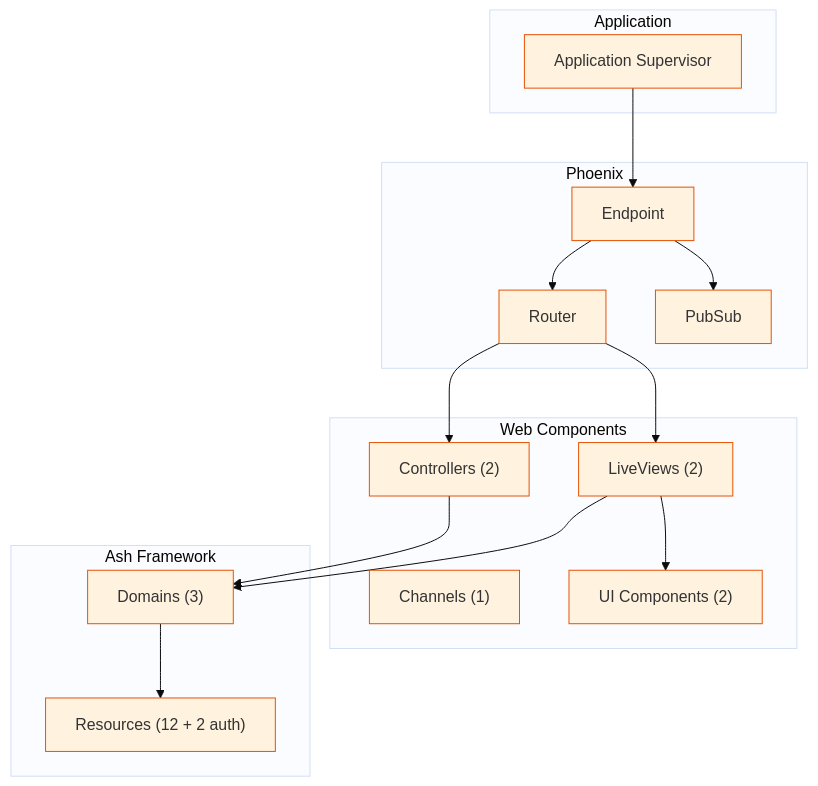
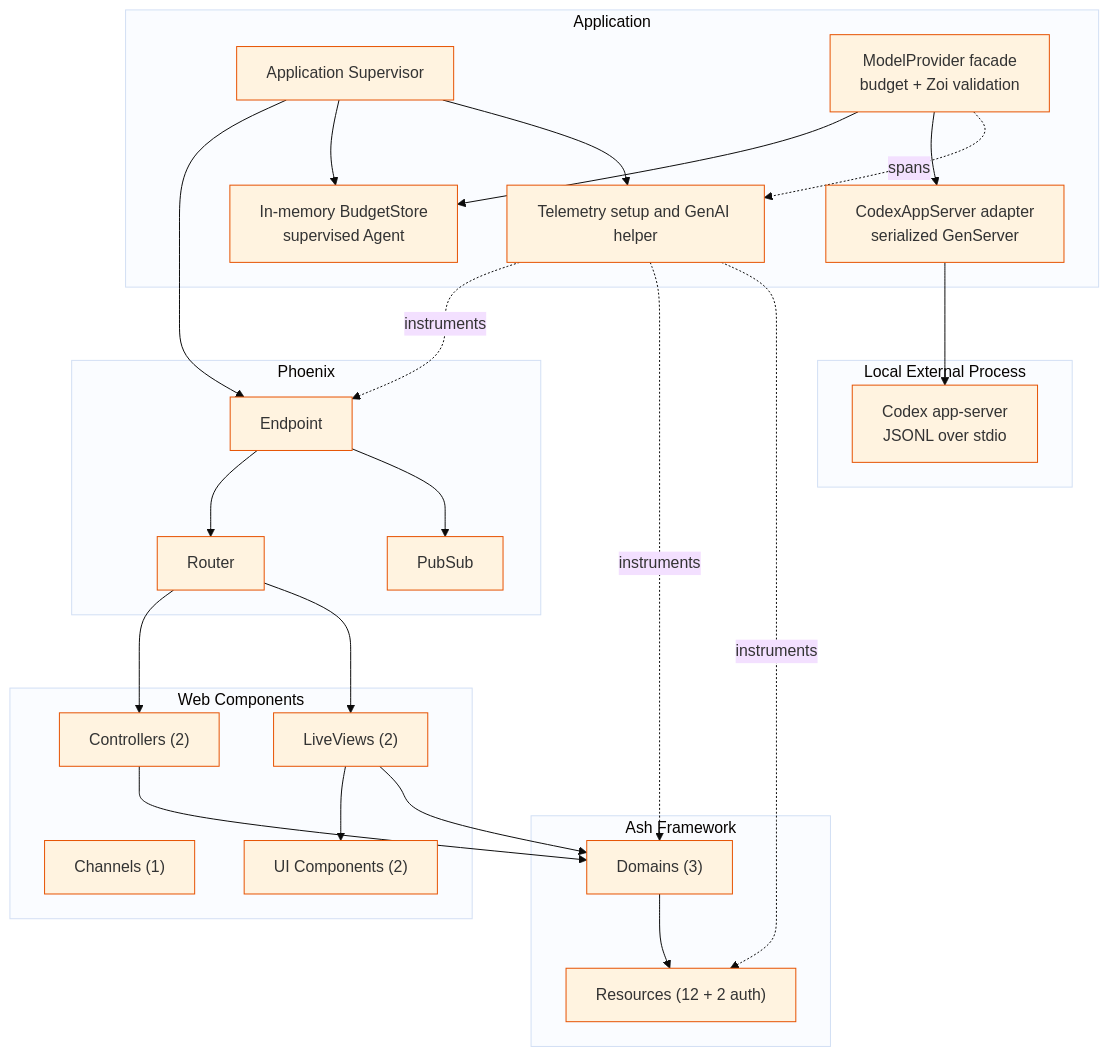
One commit to chops/sdr_agent changed the diagram in docs/architecture/components.md. Above: the diagram before and after it, drawn with Mermaid. The commit also changed other lines of this file and 20 other files, not shown here.

Commit message:
Add validated model provider boundary

````diff
--- a/docs/architecture/components.md
+++ b/docs/architecture/components.md
@@ -9,35 +9,52 @@
 ```mermaid
 %%{init: {'theme': 'base', 'themeVariables': { 'primaryColor': '#fff3e0', 'primaryBorderColor': '#e65100'}}}%%
 graph TB
     subgraph Application["Application"]
         App[Application Supervisor]
+        Budget[In-memory BudgetStore<br/>supervised Agent]
+        ModelProvider[ModelProvider facade<br/>budget + Zoi validation]
+        CodexAdapter[CodexAppServer adapter<br/>serialized GenServer]
+        Telemetry[Telemetry setup and GenAI helper]
     end
 
     subgraph Phoenix["Phoenix"]
         Endpoint[Endpoint]
         Router[Router]
         PubSub[PubSub]
     end
 
     subgraph Web["Web Components"]
         Controllers["Controllers (2)"]
         LiveViews["LiveViews (2)"]
         Channels["Channels (1)"]
         UIComponents["UI Components (2)"]
     end
 
     subgraph Ash["Ash Framework"]
         Domains["Domains (3)"]
         Resources["Resources (12 + 2 auth)"]
     end
 
+    subgraph External["Local External Process"]
+        Codex[Codex app-server<br/>JSONL over stdio]
+    end
+
     App --> Endpoint
+    App --> Budget
+    App --> Telemetry
+    ModelProvider --> Budget
+    ModelProvider --> CodexAdapter
+    ModelProvider -. spans .-> Telemetry
+    CodexAdapter --> Codex
     Endpoint --> Router
     Endpoint --> PubSub
     Router --> Controllers
     Router --> LiveViews
     LiveViews --> UIComponents
     Controllers --> Domains
     LiveViews --> Domains
     Domains --> Resources
+    Telemetry -. instruments .-> Endpoint
+    Telemetry -. instruments .-> Domains
+    Telemetry -. instruments .-> Resources
 ```
````
